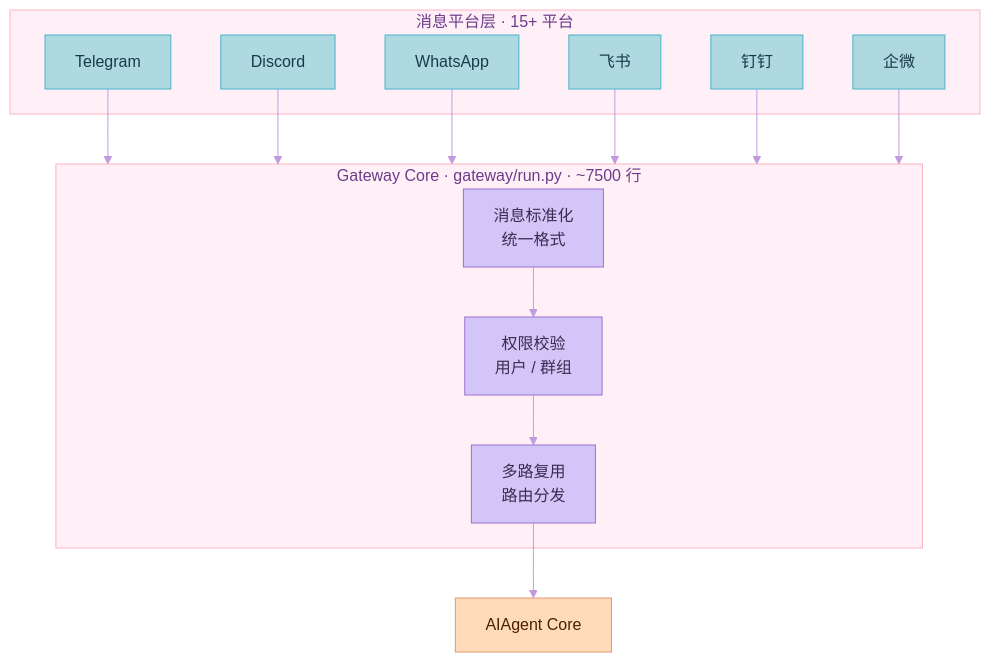
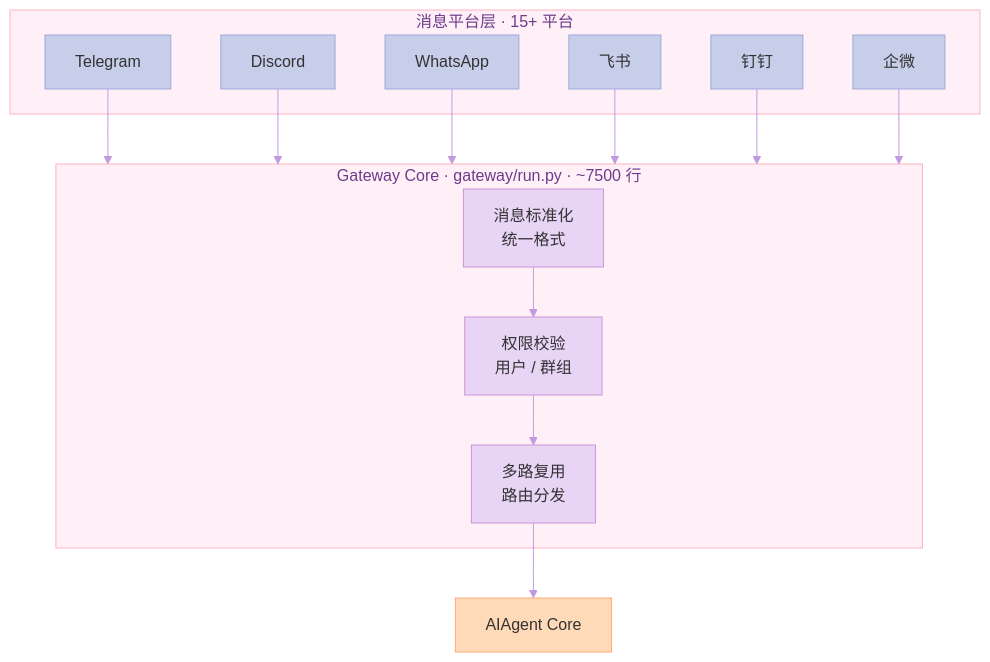
One commit to xuqi2024/xuqi2024.github.io changed the third of 10 diagrams in source/_posts/2026-04-13-hermes-agent深度完全解读.md. Above: the diagram before and after it, drawn with Mermaid. The commit also changed other lines of this file and 23 other files, not shown here.

````diff
--- a/source/_posts/2026-04-13-hermes-agent深度完全解读.md
+++ b/source/_posts/2026-04-13-hermes-agent深度完全解读.md
@@ -116,28 +122,28 @@
 ```mermaid
-%%{init: {'theme': 'base', 'themeVariables': {'primaryColor': '#FFB3C1', 'primaryTextColor': '#4A1942', 'primaryBorderColor': '#FF85A1', 'lineColor': '#C299E0', 'secondaryColor': '#C8E6C9', 'tertiaryColor': '#AED9E0', 'background': '#FFF8FB', 'mainBkg': '#FFB3C1', 'nodeBorder': '#FF85A1', 'clusterBkg': '#FFF0F7', 'clusterBorder': '#FFB3C1', 'titleColor': '#6D3B8C', 'edgeLabelBackground': '#FFF8FB'}}}%%
+%%{init: {'theme': 'base', 'themeVariables': {'primaryColor': '#FFB3C1', 'primaryTextColor': '#4A1942', 'primaryBorderColor': '#FF85A1', 'lineColor': '#C299E0', 'secondaryColor': '#C8E6C9', 'tertiaryColor': '#C7CEEA', 'background': '#FFF8FB', 'mainBkg': '#FFB3C1', 'nodeBorder': '#FF85A1', 'clusterBkg': '#FFF0F7', 'clusterBorder': '#FFB3C1', 'titleColor': '#6D3B8C', 'edgeLabelBackground': '#FFF8FB'}}}%%
 flowchart TD
-    classDef platform fill:#AED9E0,stroke:#48B2C8,color:#1A3A4A
-    classDef gw fill:#D4C5F9,stroke:#9B72CF,color:#3D2B4F
-    classDef agent fill:#FFDAB9,stroke:#E8956D,color:#4A2200
+    classDef platform fill:#C7CEEA,stroke:#9FA8DA,color:#333
+    classDef gw fill:#E8D5F5,stroke:#CE93D8,color:#333
+    classDef agent fill:#FFDAB9,stroke:#FFAB76,color:#333
 
     subgraph PLAT["消息平台层 · 15+ 平台"]
         TG["Telegram"]:::platform
         DC["Discord"]:::platform
         WA["WhatsApp"]:::platform
         FS["飞书"]:::platform
         DD["钉钉"]:::platform
         QW["企微"]:::platform
     end
 
     subgraph GWC["Gateway Core · gateway/run.py · ~7500 行"]
         N["消息标准化<br/>统一格式"]:::gw
         P["权限校验<br/>用户 / 群组"]:::gw
         R["多路复用<br/>路由分发"]:::gw
         N --> P --> R
     end
 
     AGENT["AIAgent Core"]:::agent
 
     TG & DC & WA & FS & DD & QW --> GWC
     R --> AGENT
 ```
````
